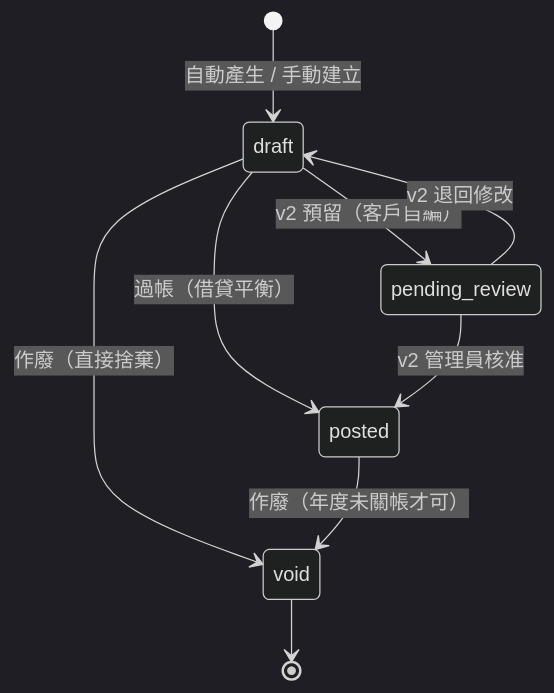
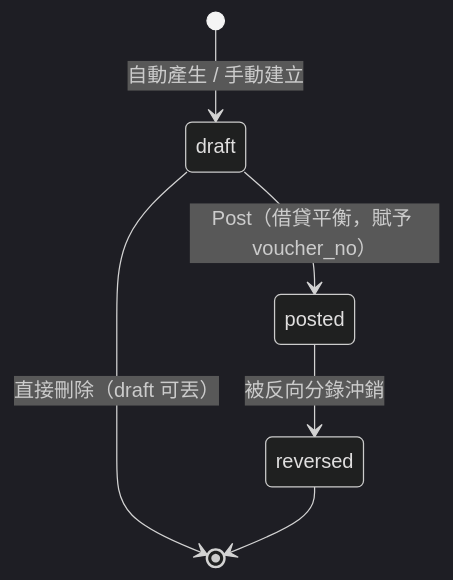
The third of 5 diagrams in docs/VOUCHER_JOURNAL_ENTRY_PLAN.md (angineering-co/ai-accounting-app), drawn with Mermaid (dark theme) before and after one commit. The commit also changed other lines of this file and 1 other file, not shown here.

First line of the commit message:
Restructure voucher/journal entry plan around documents+entries+lines

````diff
--- a/docs/VOUCHER_JOURNAL_ENTRY_PLAN.md
+++ b/docs/VOUCHER_JOURNAL_ENTRY_PLAN.md
@@ -241,11 +334,8 @@
 ```mermaid
 stateDiagram-v2
   [*] --> draft : 自動產生 / 手動建立
-  draft --> posted : 過帳（借貸平衡）
-  draft --> void : 作廢（直接捨棄）
-  draft --> pending_review : v2 預留（客戶自編）
-  pending_review --> posted : v2 管理員核准
-  pending_review --> draft : v2 退回修改
-  posted --> void : 作廢（年度未關帳才可）
-  void --> [*]
+  draft --> posted : Post（借貸平衡，賦予 voucher_no）
+  draft --> [*] : 直接刪除（draft 可丟）
+  posted --> reversed : 被反向分錄沖銷
+  reversed --> [*]
 ```
````
